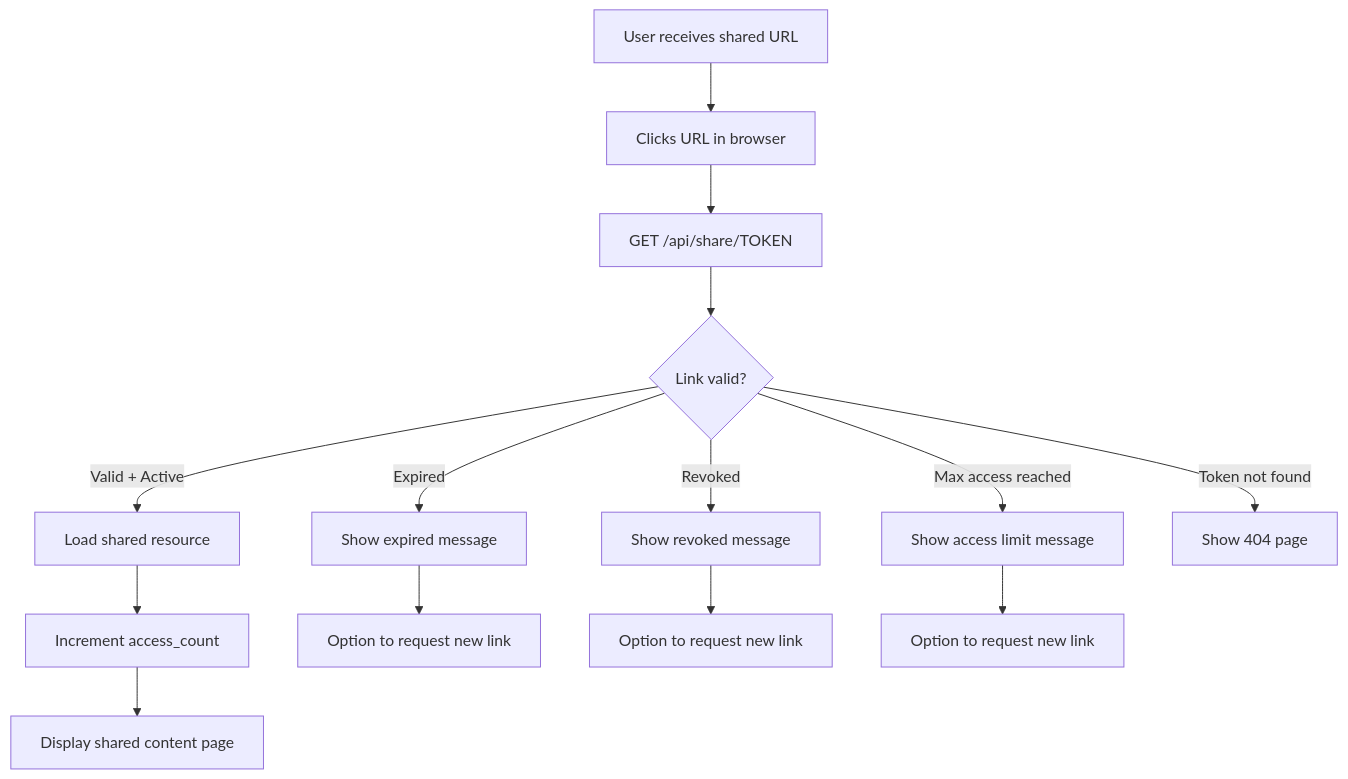
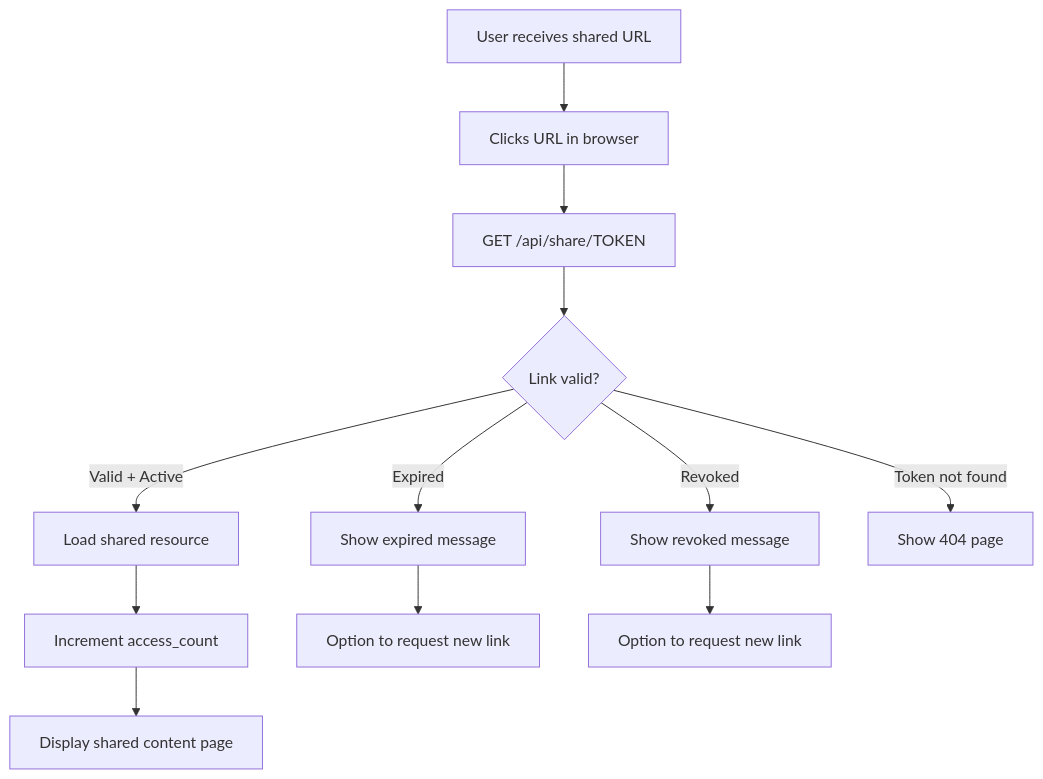
One commit to thevarun/HealthCompanion changed the second of 3 diagrams in _bmad-output/planning-artifacts/ux-design/epic-8-shareable-links-user-journeys.md. Above: the diagram before and after it, drawn with Mermaid. The commit also changed other lines of this file and 1 other file, not shown here.

Commit message:
docs: remove max_access_count from Story 8.2 UX artifacts to align with epic

````diff
--- a/_bmad-output/planning-artifacts/ux-design/epic-8-shareable-links-user-journeys.md
+++ b/_bmad-output/planning-artifacts/ux-design/epic-8-shareable-links-user-journeys.md
@@ -77,16 +68,14 @@
 ```mermaid
 flowchart TD
     A[User receives shared URL] --> B[Clicks URL in browser]
     B --> C[GET /api/share/TOKEN]
     C --> D{Link valid?}
     D -->|Valid + Active| E[Load shared resource]
     E --> F[Increment access_count]
     F --> G[Display shared content page]
     D -->|Expired| H[Show expired message]
     H --> I[Option to request new link]
     D -->|Revoked| J[Show revoked message]
     J --> K[Option to request new link]
-    D -->|Max access reached| L[Show access limit message]
-    L --> M[Option to request new link]
     D -->|Token not found| N[Show 404 page]
 ```
````
